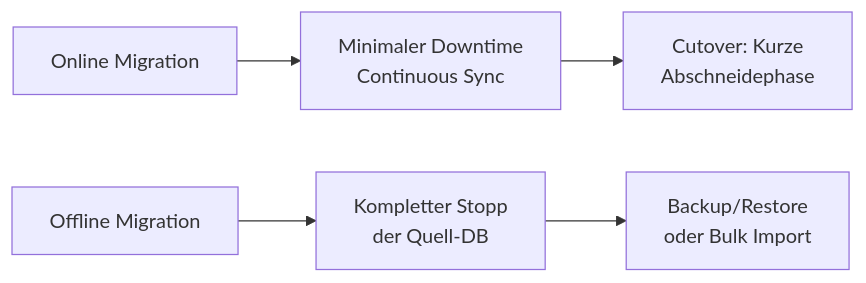
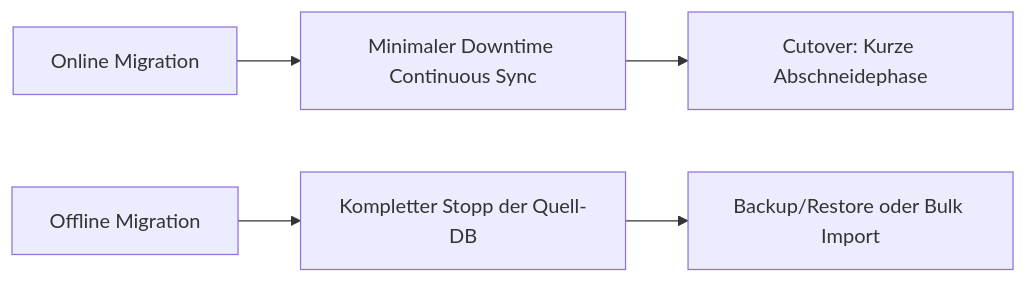
The fifth of 8 diagrams in Microsoft 365/Azure/Monitor und Management/Azure Migrate.md (SoniiiT/notes-n-docs), drawn with Mermaid before and after one commit. The commit also changed other lines of this file and 124 other files, not shown here.

First line of the commit message:
fix: Entferne \n aus allen Mermaid-Diagrammen (125 Dateien)

````diff
--- a/Microsoft 365/Azure/Monitor und Management/Azure Migrate.md
+++ b/Microsoft 365/Azure/Monitor und Management/Azure Migrate.md
@@ -243,7 +243,7 @@
 ```mermaid
 graph LR
-    A[Online Migration] --> B[Minimaler Downtime\nContinuous Sync]
-    B --> C[Cutover: Kurze\nAbschneidephase]
-    D[Offline Migration] --> E[Kompletter Stopp\nder Quell-DB]
-    E --> F[Backup/Restore\noder Bulk Import]
+    A[Online Migration] --> B[Minimaler Downtime Continuous Sync]
+    B --> C[Cutover: Kurze Abschneidephase]
+    D[Offline Migration] --> E[Kompletter Stopp der Quell-DB]
+    E --> F[Backup/Restore oder Bulk Import]
 ```
````
